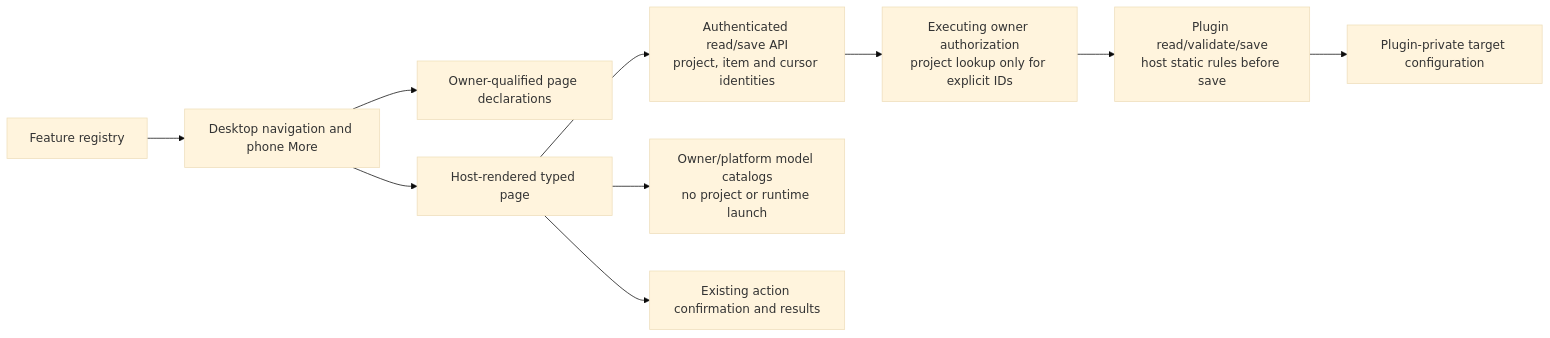
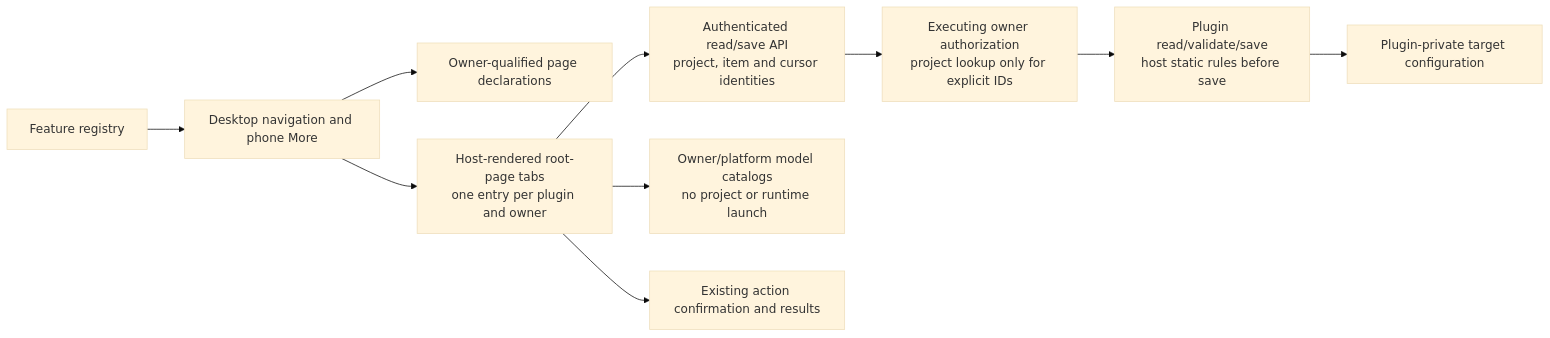
One commit to ocman/ocman changed diagram 14 of 15 in docs/other/architecture.md. Above: the diagram before and after it, drawn with Mermaid (base theme). The commit also changed other lines of this file and 23 other files, not shown here.

````diff
--- a/docs/other/architecture.md
+++ b/docs/other/architecture.md
@@ -2086,12 +2086,12 @@
 ```mermaid
 flowchart LR
     Registry[Feature registry] --> Navigation[Desktop navigation and phone More]
     Navigation --> Catalog[Owner-qualified page declarations]
-    Navigation --> Page[Host-rendered typed page]
+    Navigation --> Page[Host-rendered root-page tabs<br/>one entry per plugin and owner]
     Page --> API[Authenticated read/save API<br/>project, item and cursor identities]
     Page --> Models[Owner/platform model catalogs<br/>no project or runtime launch]
     API --> Owner[Executing owner authorization<br/>project lookup only for explicit IDs]
     Owner --> Process[Plugin read/validate/save<br/>host static rules before save]
     Process --> Files[Plugin-private target configuration]
     Page --> Actions[Existing action confirmation and results]
 ```
````
